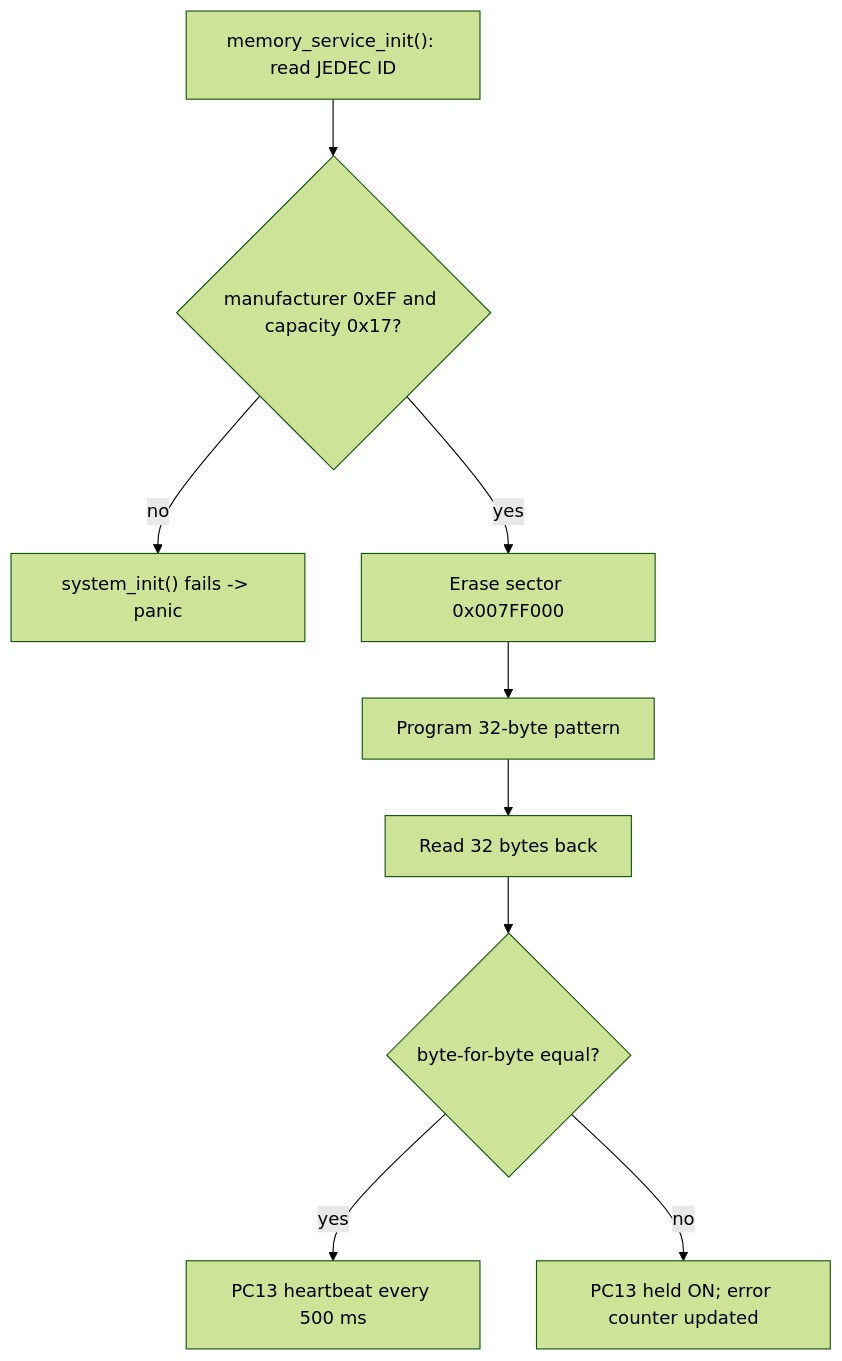
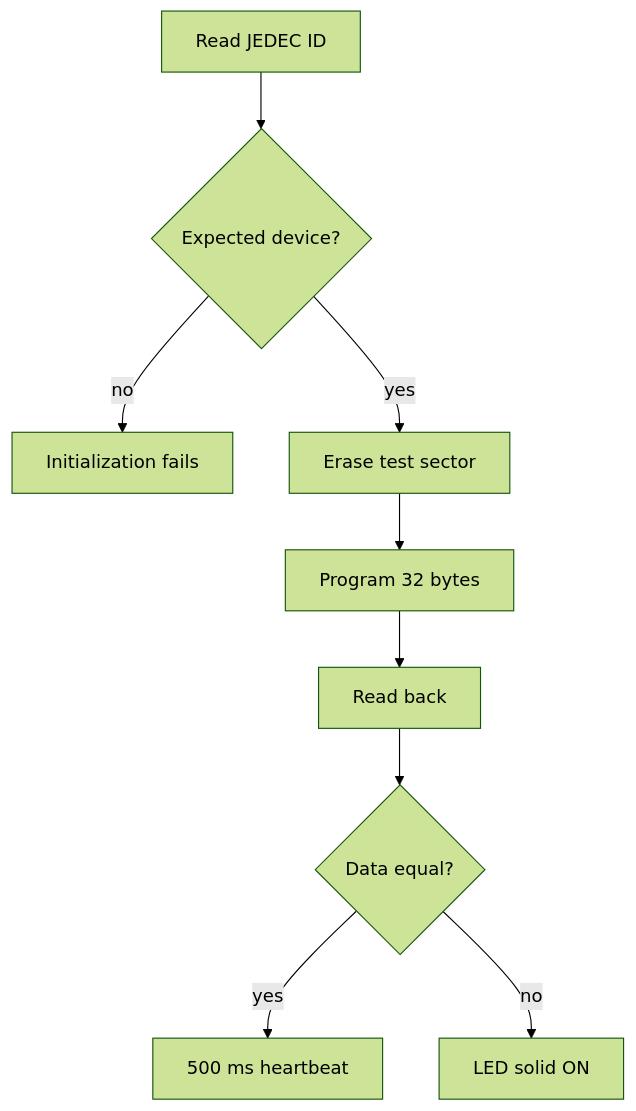
Before and after one commit to haikevins/stm32f1-register-level-baremetal: the diagram in 07-spi-memory/README.md, drawn with Mermaid (forest theme). The commit also changed other lines of this file and 16 other files, not shown here.

````diff
--- a/07-spi-memory/README.md
+++ b/07-spi-memory/README.md
@@ -69,11 +69,11 @@
 ```mermaid
-flowchart TD
-    INIT["memory_service_init(): read JEDEC ID"] --> ID{"manufacturer 0xEF and capacity 0x17?"}
-    ID -->|no| FAILINIT["system_init() fails -> panic"]
-    ID -->|yes| ERASE["Erase sector 0x007FF000"]
-    ERASE --> PROGRAM["Program 32-byte pattern"]
-    PROGRAM --> READ["Read 32 bytes back"]
-    READ --> VERIFY{"byte-for-byte equal?"}
-    VERIFY -->|yes| HEART["PC13 heartbeat every 500 ms"]
-    VERIFY -->|no| SOLID["PC13 held ON; error counter updated"]
+flowchart TB
+    INIT["Read JEDEC ID"] --> ID{"Expected device?"}
+    ID -->|"no"| FAILINIT["Initialization fails"]
+    ID -->|"yes"| ERASE["Erase test sector"]
+    ERASE --> PROGRAM["Program 32 bytes"]
+    PROGRAM --> READ["Read back"]
+    READ --> VERIFY{"Data equal?"}
+    VERIFY -->|"yes"| HEART["500 ms heartbeat"]
+    VERIFY -->|"no"| SOLID["LED solid ON"]
 ```
````
